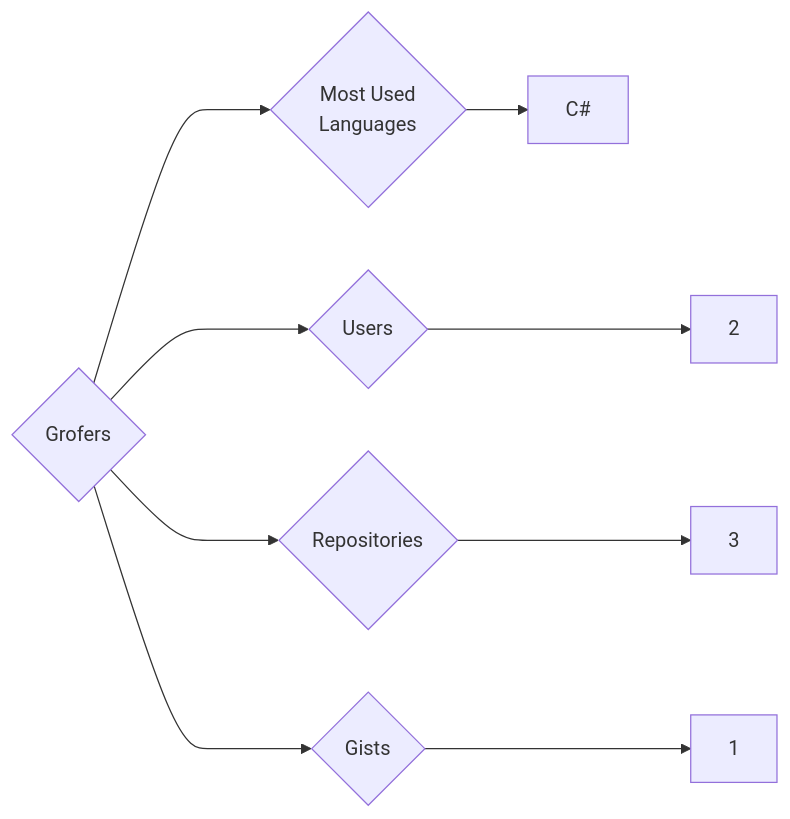
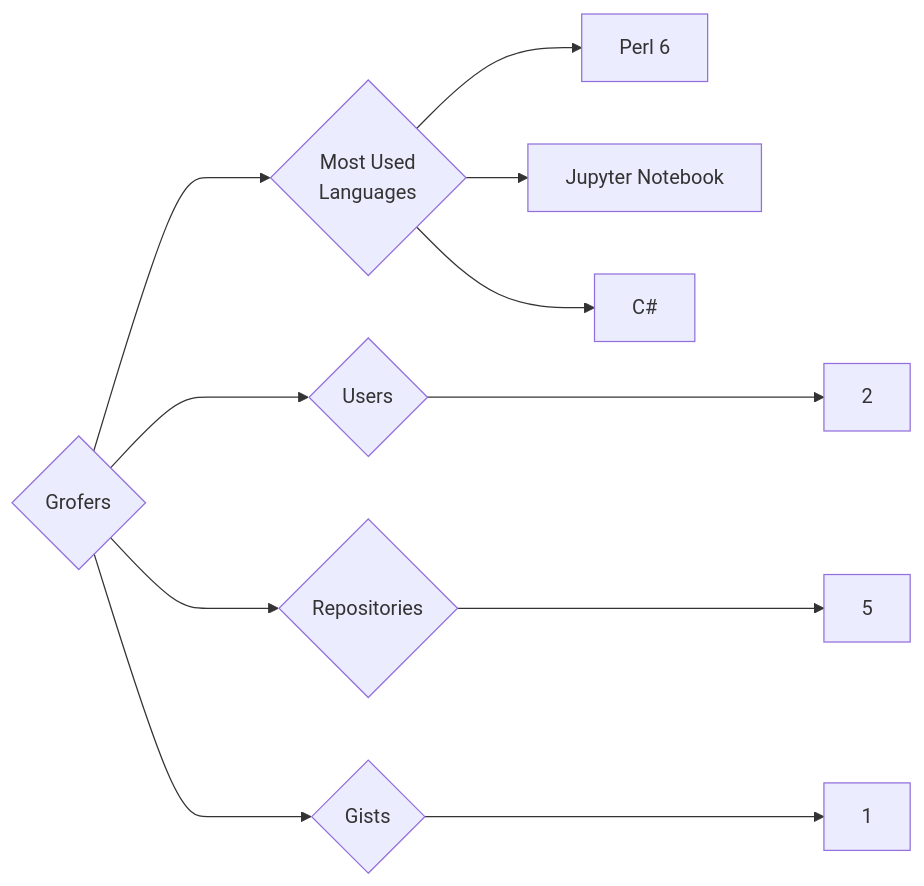
Before and after one commit to trickest/insiders: the diagram in targets/Grofers/README.md, drawn with Mermaid. The commit also changed 815 other files, not shown here.

````diff
--- a/targets/Grofers/README.md
+++ b/targets/Grofers/README.md
@@ -3,9 +3,11 @@
 ```mermaid
 graph LR
 COMPANY_NAME{Grofers}
 COMPANY_NAME ---> U{Users} ---> UN[2]
-COMPANY_NAME ---> R{Repositories} ---> RN[3]
+COMPANY_NAME ---> R{Repositories} ---> RN[5]
 COMPANY_NAME ---> G{Gists} ---> GN[1]
 COMPANY_NAME ---> ML{Most Used<br>Languages}
+ML --> Perl_6[Perl 6]
+ML --> Jupyter_Notebook[Jupyter Notebook]
 ML --> C#[C#]
 ```
````
